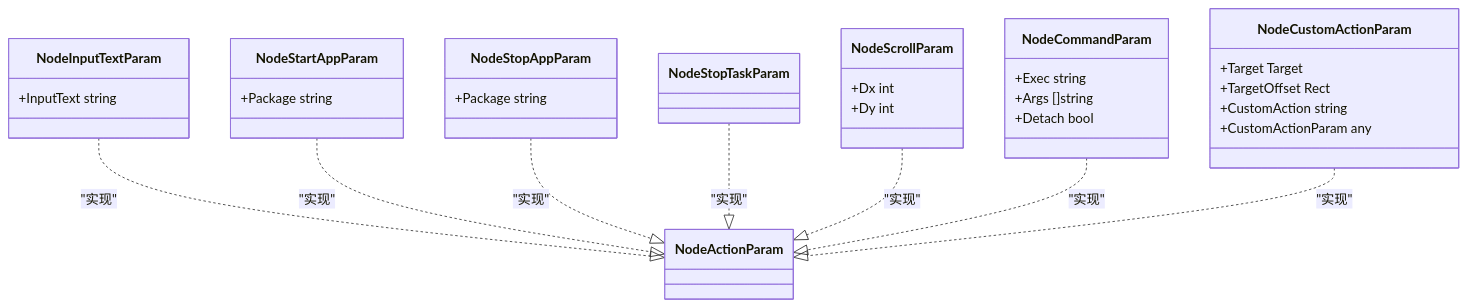
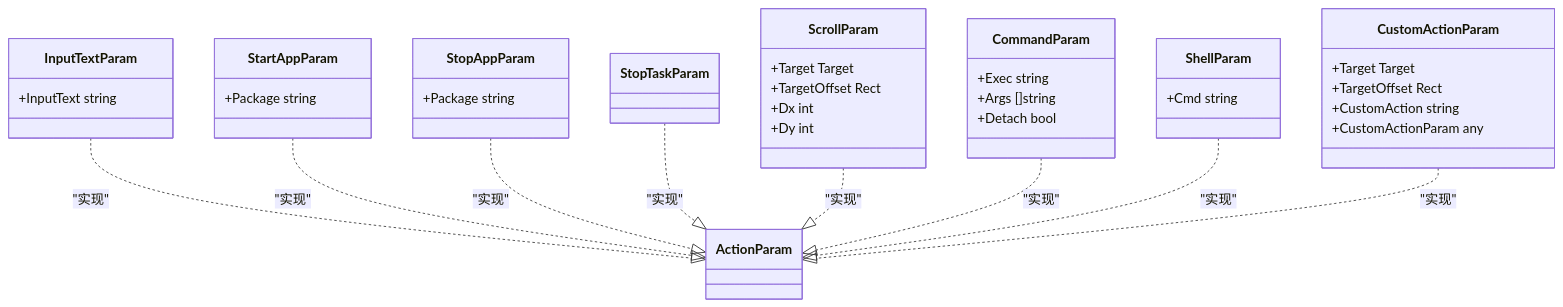
The sixth of 8 diagrams in instructions/maafw-golang-binding/高级功能/流水线配置/节点结构详解/动作配置详解/动作配置详解.md (kqcoxn/MaaPipelineEditor), drawn with Mermaid before and after one commit. The commit also changed other lines of this file and 6 other files, not shown here.

````diff
--- a/instructions/maafw-golang-binding/高级功能/流水线配置/节点结构详解/动作配置详解/动作配置详解.md
+++ b/instructions/maafw-golang-binding/高级功能/流水线配置/节点结构详解/动作配置详解/动作配置详解.md
@@ -193,36 +272,42 @@
 ```mermaid
 classDiagram
-class NodeInputTextParam {
+class InputTextParam {
 +InputText string
 }
-class NodeStartAppParam {
+class StartAppParam {
 +Package string
 }
-class NodeStopAppParam {
+class StopAppParam {
 +Package string
 }
-class NodeStopTaskParam {
+class StopTaskParam {
 }
-class NodeScrollParam {
+class ScrollParam {
++Target Target
++TargetOffset Rect
 +Dx int
 +Dy int
 }
-class NodeCommandParam {
+class CommandParam {
 +Exec string
 +Args []string
 +Detach bool
 }
-class NodeCustomActionParam {
+class ShellParam {
++Cmd string
+}
+class CustomActionParam {
 +Target Target
 +TargetOffset Rect
 +CustomAction string
 +CustomActionParam any
 }
-NodeInputTextParam ..|> NodeActionParam : "实现"
-NodeStartAppParam ..|> NodeActionParam : "实现"
-NodeStopAppParam ..|> NodeActionParam : "实现"
-NodeStopTaskParam ..|> NodeActionParam : "实现"
-NodeScrollParam ..|> NodeActionParam : "实现"
-NodeCommandParam ..|> NodeActionParam : "实现"
-NodeCustomActionParam ..|> NodeActionParam : "实现"
+InputTextParam ..|> ActionParam : "实现"
+StartAppParam ..|> ActionParam : "实现"
+StopAppParam ..|> ActionParam : "实现"
+StopTaskParam ..|> ActionParam : "实现"
+ScrollParam ..|> ActionParam : "实现"
+CommandParam ..|> ActionParam : "实现"
+ShellParam ..|> ActionParam : "实现"
+CustomActionParam ..|> ActionParam : "实现"
 ```
````
